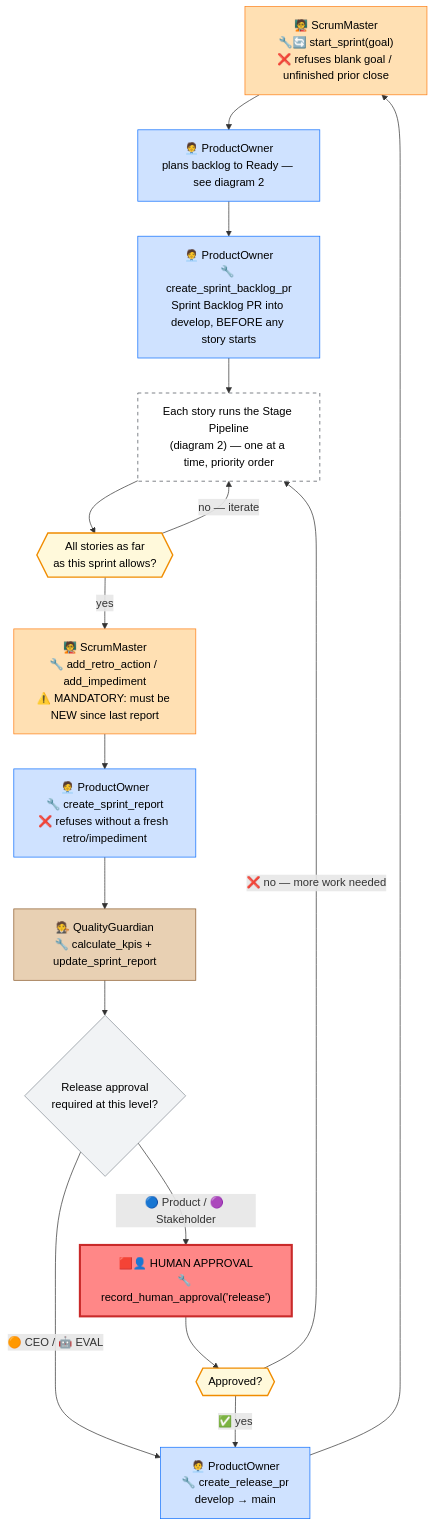
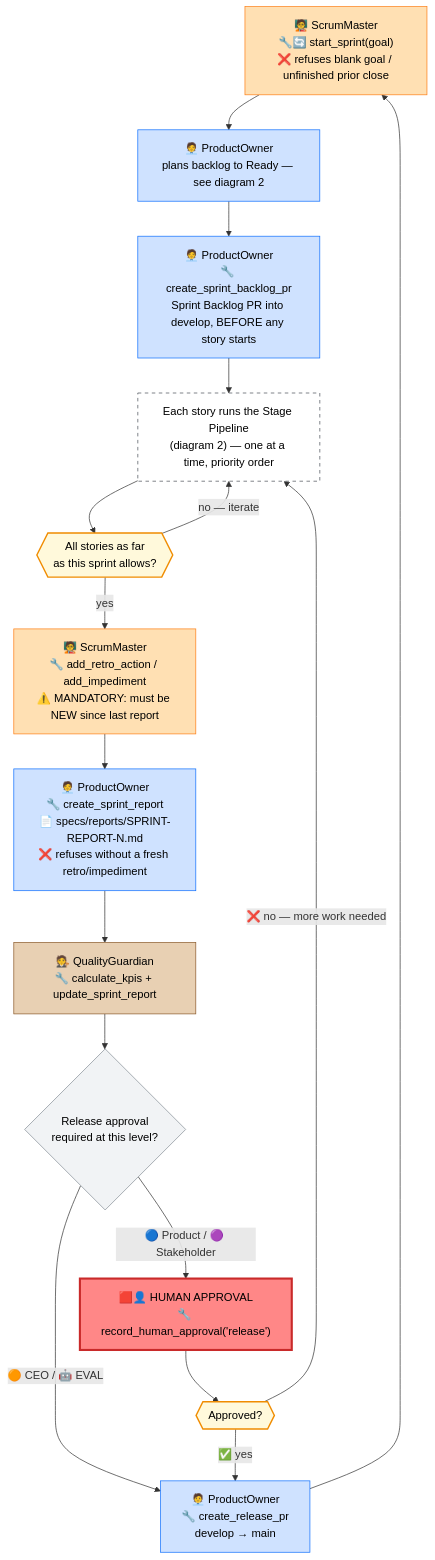
Before and after one commit to CI-Till-Krempel/Horseless-Carriage: the first of 2 diagrams in docs/DEVELOPMENT-WORKFLOW.md, drawn with Mermaid. The commit also changed other lines of this file, not shown here.

First line of the commit message:
Add requirements-engineering sub-flow and document artifacts to diagram 2

````diff
--- a/docs/DEVELOPMENT-WORKFLOW.md
+++ b/docs/DEVELOPMENT-WORKFLOW.md
@@ -50,30 +53,30 @@
 ```mermaid
 flowchart TD
     A["🧑‍🏫 ScrumMaster\n🔧🔄 start_sprint(goal)\n❌ refuses blank goal / unfinished prior close"]:::sm --> B["🧑‍💼 ProductOwner\nplans backlog to Ready — see diagram 2"]:::po
     B --> C["🧑‍💼 ProductOwner\n🔧 create_sprint_backlog_pr\nSprint Backlog PR into develop, BEFORE any story starts"]:::po
     C --> D["Each story runs the Stage Pipeline\n(diagram 2) — one at a time, priority order"]:::multi
     D --> E{{"All stories as far\nas this sprint allows?"}}:::loop
     E -- "no — iterate" --> D
     E -- yes --> F["🧑‍🏫 ScrumMaster\n🔧 add_retro_action / add_impediment\n⚠️ MANDATORY: must be NEW since last report"]:::sm
-    F --> G["🧑‍💼 ProductOwner\n🔧 create_sprint_report\n❌ refuses without a fresh retro/impediment"]:::po
+    F --> G["🧑‍💼 ProductOwner\n🔧 create_sprint_report\n📄 specs/reports/SPRINT-REPORT-N.md\n❌ refuses without a fresh retro/impediment"]:::po
     G --> H["🧑‍⚖️ QualityGuardian\n🔧 calculate_kpis + update_sprint_report"]:::qg
     H --> I{"Release approval\nrequired at this level?"}:::gate
     I -- "🔵 Product / 🟣 Stakeholder" --> J["🟥👤 HUMAN APPROVAL\n🔧 record_human_approval('release')"]:::human
     I -- "🟠 CEO / 🤖 EVAL" --> K
     J --> ReleaseGate{{"Approved?"}}:::loop
     ReleaseGate -- "❌ no — more work needed" --> D
     ReleaseGate -- "✅ yes" --> K
     K["🧑‍💼 ProductOwner\n🔧 create_release_pr\ndevelop → main"]:::po
     K --> A
 
     classDef po fill:#cfe2ff,stroke:#0d6efd,color:#000
     classDef sm fill:#ffe0b3,stroke:#fd7e14,color:#000
     classDef dev fill:#d1f7d6,stroke:#198754,color:#000
     classDef arch fill:#e6d9f7,stroke:#6f42c1,color:#000
     classDef qa fill:#fff3b0,stroke:#e0b400,color:#000
     classDef qg fill:#e8d0b3,stroke:#8b5a2b,color:#000
     classDef human fill:#ff8787,stroke:#c92a2a,stroke-width:3px,color:#000
     classDef gate fill:#f1f3f5,stroke:#868e96,color:#000
     classDef multi fill:#ffffff,stroke:#495057,stroke-dasharray: 5 5,color:#000
     classDef loop fill:#fff9db,stroke:#f08c00,stroke-width:2px,color:#000
 ```
````
